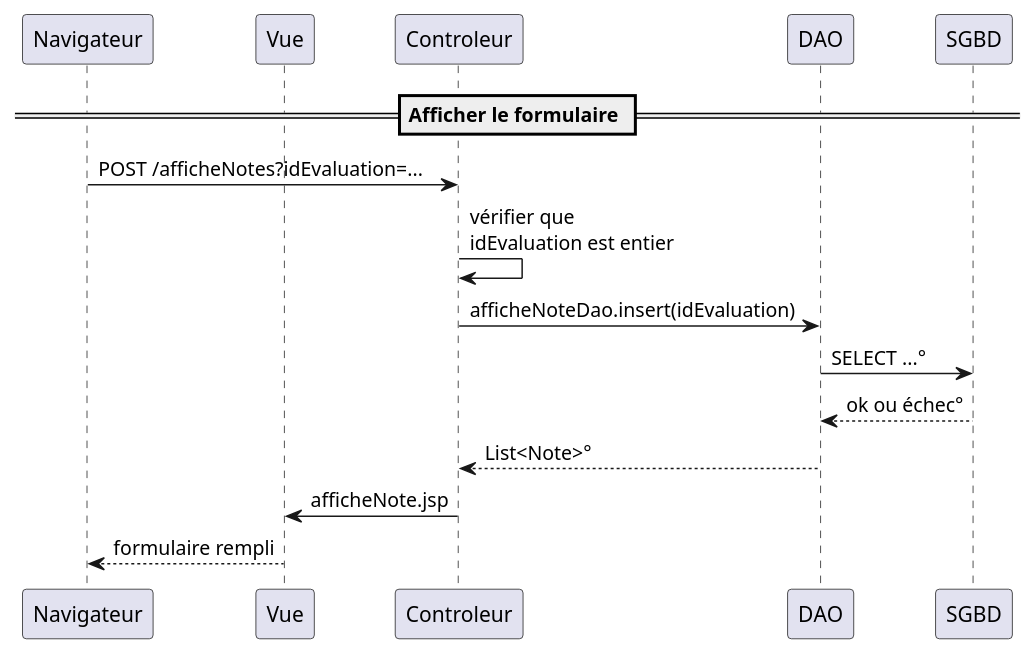
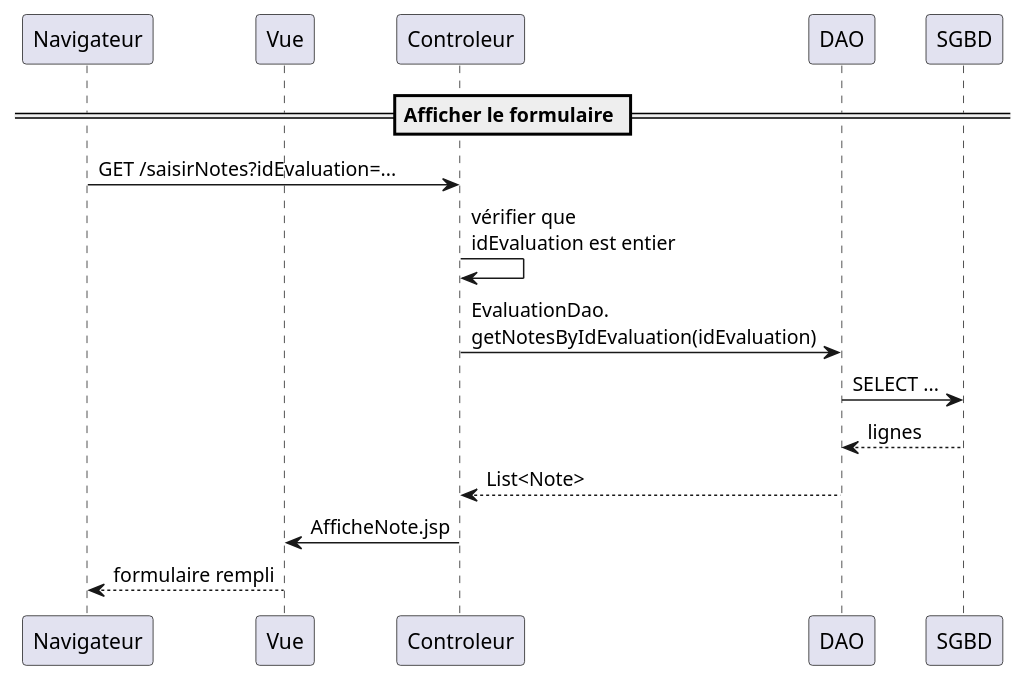
Before and after one commit to michel-plasse/SIOMassy2022: the diagram in src/main/uml/affiche_note.puml, drawn with PlantUML. The commit also changed 4 other files, not shown here.

```diff
--- a/src/main/uml/affiche_note.puml
+++ b/src/main/uml/affiche_note.puml
@@ -1,14 +1,14 @@
 @startuml
 participant Navigateur
 participant Vue
 == Afficher le formulaire ==
-Navigateur -> Controleur: POST /afficheNotes?idEvaluation=...
+Navigateur -> Controleur: GET /saisirNotes?idEvaluation=...
 Controleur -> Controleur: vérifier que\nidEvaluation est entier
-Controleur -> DAO: afficheNoteDao.insert(idEvaluation)
-DAO -> SGBD: SELECT ...°
-SGBD --> DAO: ok ou échec°
-DAO --> Controleur: List<Note>°
-Controleur -> Vue: afficheNote.jsp
+Controleur -> DAO: EvaluationDao.\ngetNotesByIdEvaluation(idEvaluation)
+DAO -> SGBD: SELECT ...
+SGBD --> DAO: lignes
+DAO --> Controleur: List<Note>
+Controleur -> Vue: AfficheNote.jsp
 Vue --> Navigateur: formulaire rempli
 
 @enduml
```
